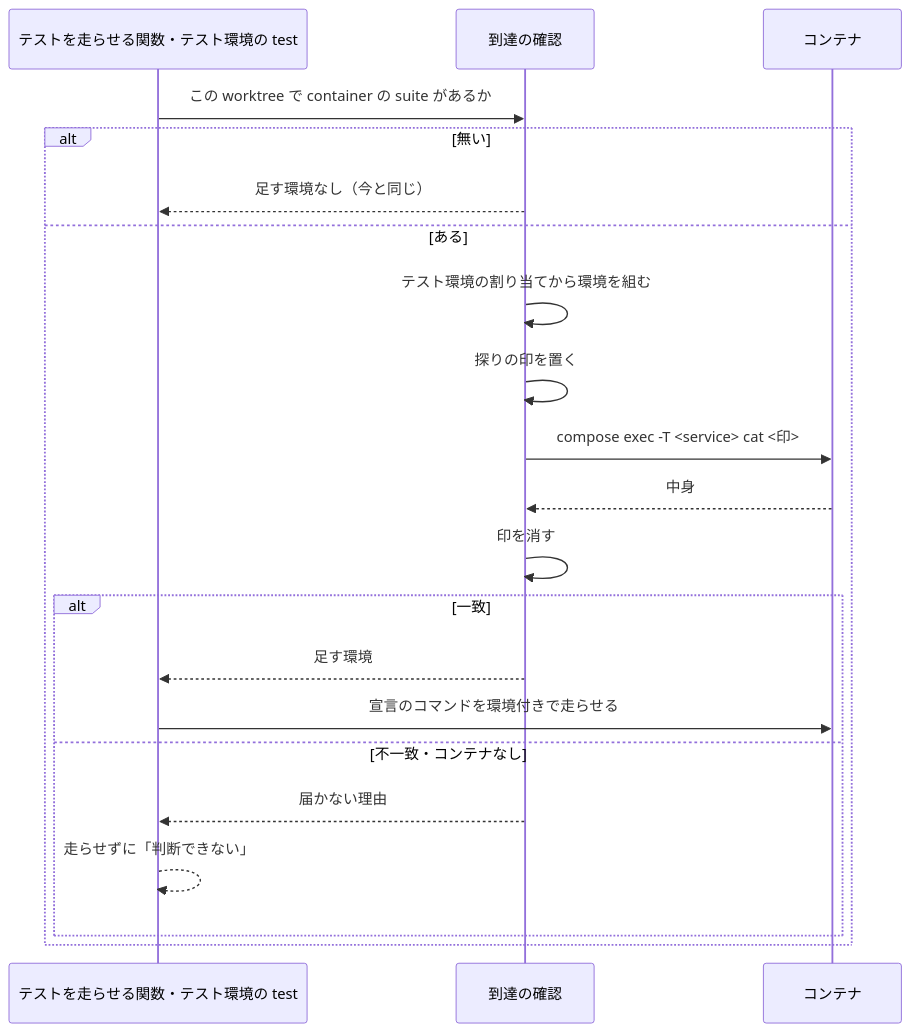
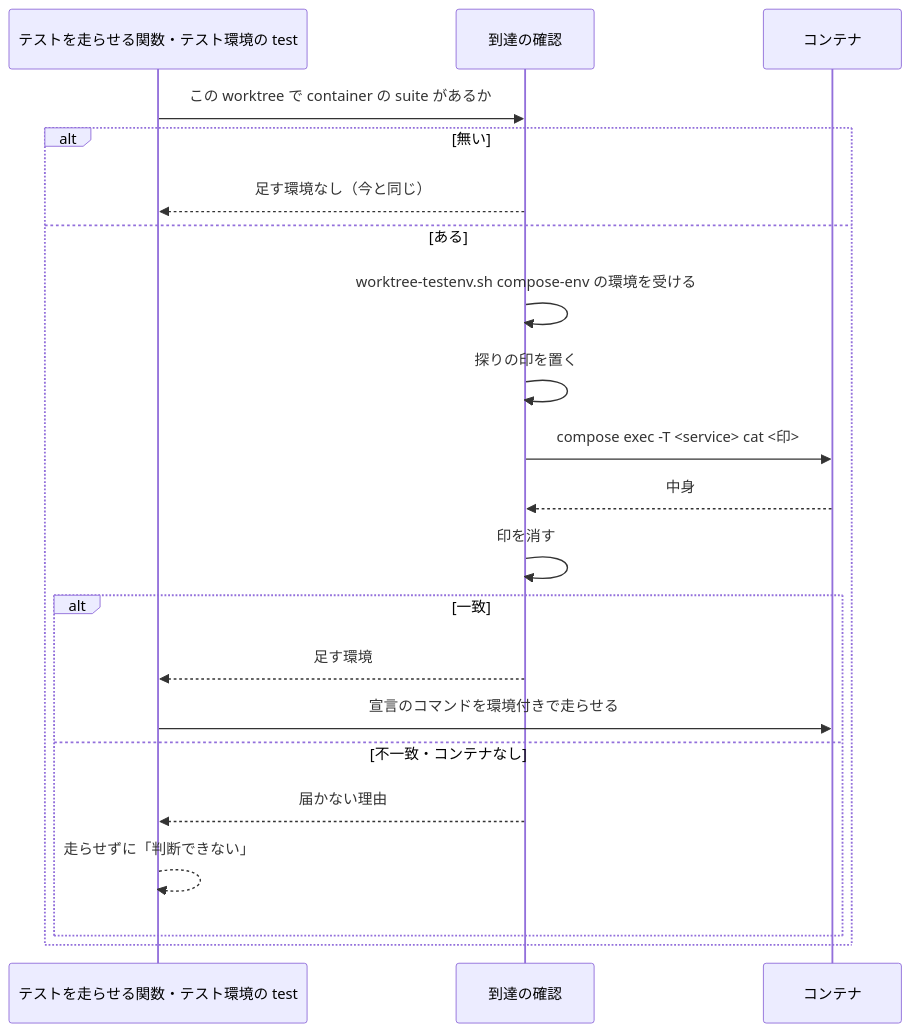
The fourth of 4 diagrams in issues/issue-1337-design.md (devbasex/ai-plugins), drawn with Mermaid before and after one commit. The commit also changed other lines of this file and 3 other files, not shown here.

````diff
--- a/issues/issue-1337-design.md
+++ b/issues/issue-1337-design.md
@@ -352,23 +365,23 @@
 ```mermaid
 sequenceDiagram
     participant T as テストを走らせる関数・テスト環境の test
     participant R as 到達の確認
     participant K as コンテナ
     T->>R: この worktree で container の suite があるか
     alt 無い
         R-->>T: 足す環境なし（今と同じ）
     else ある
-        R->>R: テスト環境の割り当てから環境を組む
+        R->>R: worktree-testenv.sh compose-env の環境を受ける
         R->>R: 探りの印を置く
         R->>K: compose exec -T <service> cat <印>
         K-->>R: 中身
         R->>R: 印を消す
         alt 一致
             R-->>T: 足す環境
             T->>K: 宣言のコマンドを環境付きで走らせる
         else 不一致・コンテナなし
             R-->>T: 届かない理由
             T-->>T: 走らせずに「判断できない」
         end
     end
 ```
````
